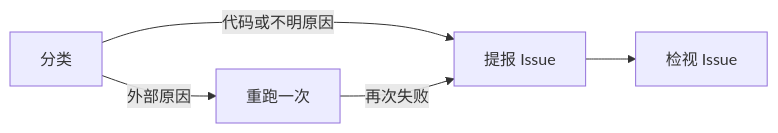
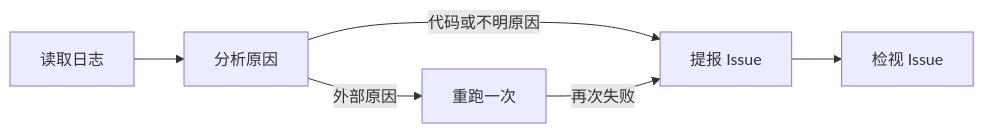
One commit to agent-CI-Infra/bot changed the diagram in docs/prompts/actions-failures.md. Above: the diagram before and after it, drawn with Mermaid. The commit also changed other lines of this file and 14 other files, not shown here.

````diff
--- a/docs/prompts/actions-failures.md
+++ b/docs/prompts/actions-failures.md
@@ -9,7 +9,7 @@
 ```mermaid
 flowchart LR
-  classify[分类] -->|外部原因| rerun[重跑一次]
+  read[读取日志] --> classify[分析原因] -->|外部原因| rerun[重跑一次]
   classify -->|代码或不明原因| report[提报 Issue]
   rerun -->|再次失败| report
   report --> review[检视 Issue]
 ```
````
